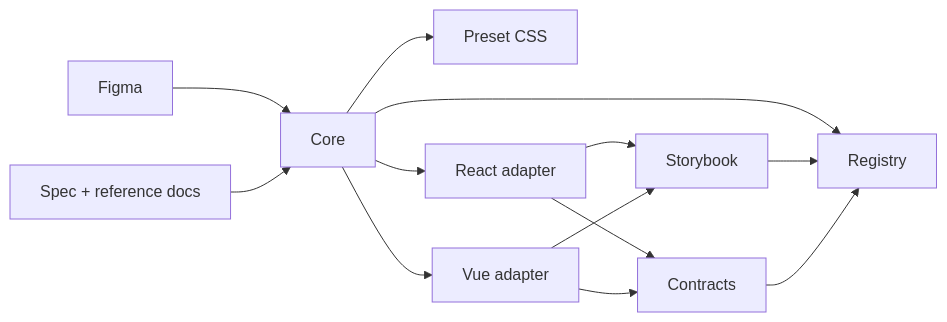
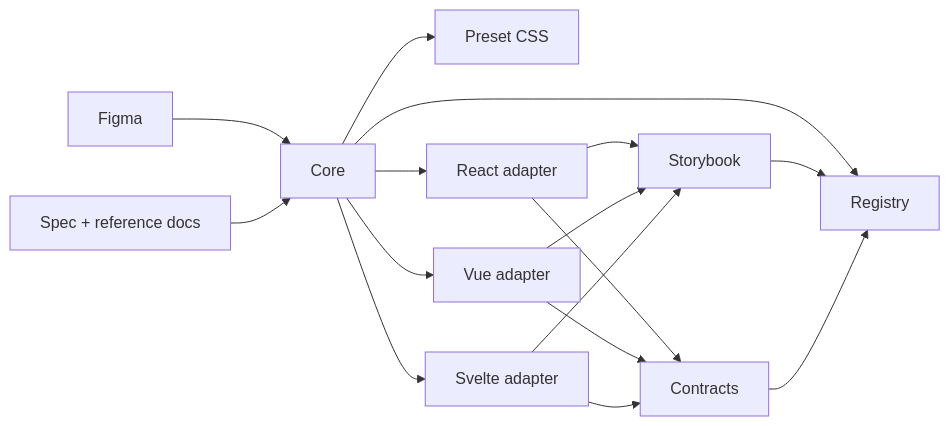
The diagram in docs/registry/templates/family.README.template.md (niklas-westman/marwes), drawn with Mermaid before and after one commit. The commit also changed other lines of this file and 1243 other files, not shown here.

````diff
--- a/docs/registry/templates/family.README.template.md
+++ b/docs/registry/templates/family.README.template.md
@@ -90,15 +91,18 @@
 ```mermaid
 flowchart LR
   Figma[Figma] --> Core[Core]
   Spec[Spec + reference docs] --> Core
   Core --> Presets[Preset CSS]
   Core --> React[React adapter]
   Core --> Vue[Vue adapter]
+  Core --> Svelte[Svelte adapter]
   React --> Storybook[Storybook]
   Vue --> Storybook
+  Svelte --> Storybook
   React --> Contracts[Contracts]
   Vue --> Contracts
+  Svelte --> Contracts
   Core --> Registry[Registry]
   Storybook --> Registry
   Contracts --> Registry
 ```
````
